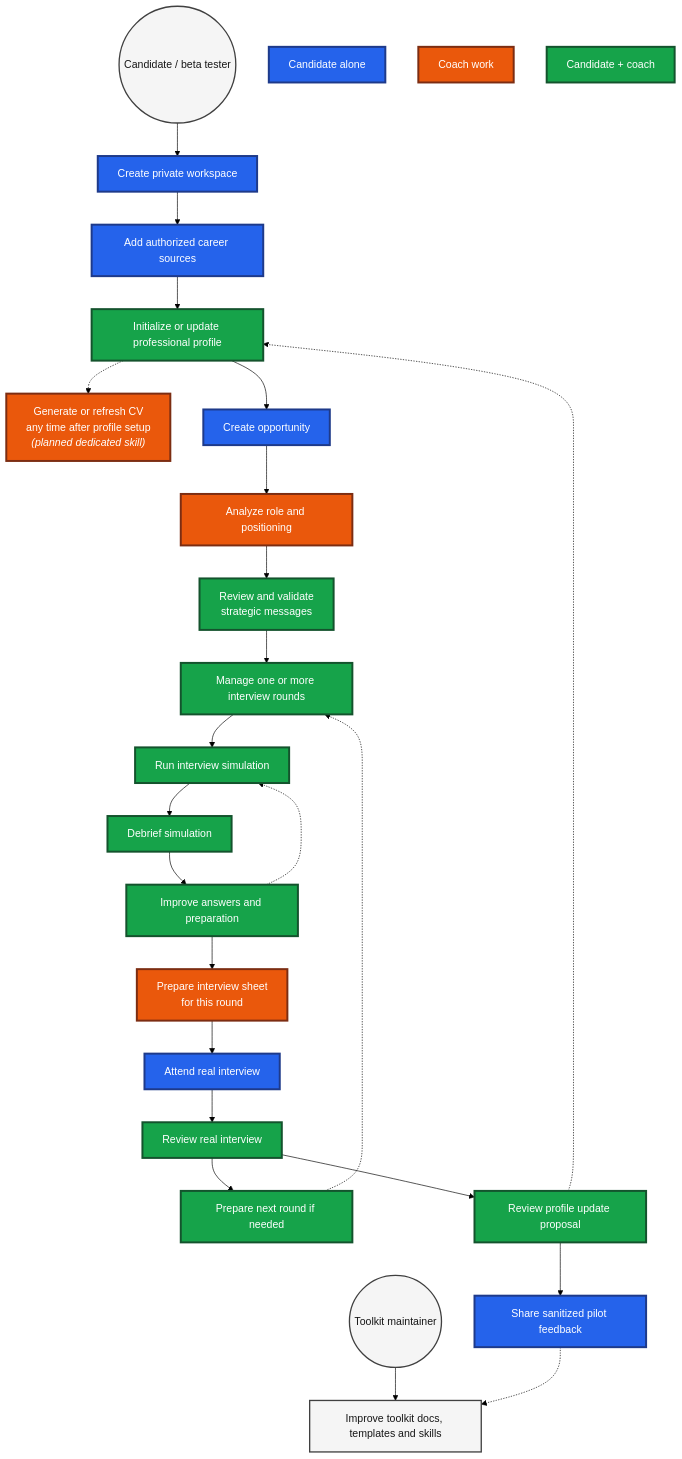
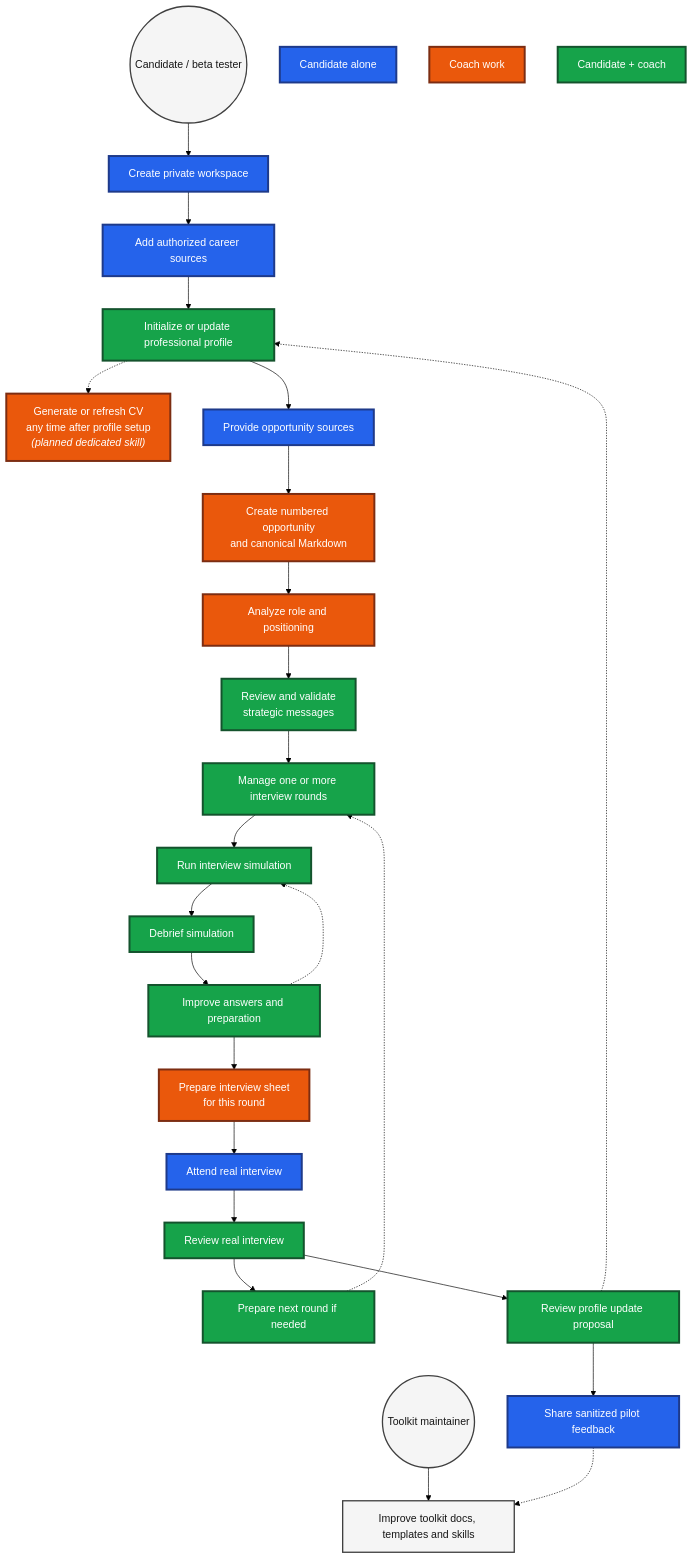
Before and after one commit to JeromeJ77/career-ai-toolkit: the first of 2 diagrams in docs/use-cases.md, drawn with Mermaid (forest theme). The commit also changed other lines of this file and 21 other files, not shown here.

Commit message:
feat(workspace): add coach-managed opportunity structure

````diff
--- a/docs/use-cases.md
+++ b/docs/use-cases.md
@@ -24,61 +24,63 @@
 ```mermaid
 flowchart TD
     candidate(("Candidate / beta tester"))
     maintainer(("Toolkit maintainer"))
 
     setup["Create private workspace"]
     collect["Add authorized career sources"]
     profile["Initialize or update professional profile"]
     cv["Generate or refresh CV<br/>any time after profile setup<br/><i>(planned dedicated skill)</i>"]
-    opportunity["Create opportunity"]
+    opportunity["Provide opportunity sources"]
+    createOpportunity["Create numbered opportunity<br/>and canonical Markdown"]
     analyze["Analyze role and positioning"]
     validatePositioning["Review and validate<br/>strategic messages"]
     interview["Manage one or more interview rounds"]
     simulate["Run interview simulation"]
     debrief["Debrief simulation"]
     improvePrep["Improve answers and preparation"]
     prep["Prepare interview sheet<br/>for this round"]
     realInterview["Attend real interview"]
     postReview["Review real interview"]
     nextRound["Prepare next round if needed"]
     update["Review profile update proposal"]
     feedback["Share sanitized pilot feedback"]
     improve["Improve toolkit docs, templates and skills"]
     legendUser["Candidate alone"]
     legendCoach["Coach work"]
     legendJoint["Candidate + coach"]
 
     candidate --> setup
     setup --> collect
     collect --> profile
     profile -.-> cv
     profile --> opportunity
-    opportunity --> analyze
+    opportunity --> createOpportunity
+    createOpportunity --> analyze
     analyze --> validatePositioning
     validatePositioning --> interview
     interview --> simulate
     simulate --> debrief
     debrief --> improvePrep
     improvePrep -.-> simulate
     improvePrep --> prep
     prep --> realInterview
     realInterview --> postReview
     postReview --> nextRound
     nextRound -.-> interview
     postReview --> update
     update -.-> profile
     update --> feedback
 
     maintainer --> improve
     feedback -.-> improve
 
     classDef userTask fill:#2563eb,stroke:#1e3a8a,stroke-width:3px,color:#ffffff;
     classDef coachTask fill:#ea580c,stroke:#7c2d12,stroke-width:3px,color:#ffffff;
     classDef jointTask fill:#16a34a,stroke:#14532d,stroke-width:3px,color:#ffffff;
     classDef actor fill:#f5f5f5,stroke:#404040,stroke-width:2px,color:#171717;
 
     class setup,collect,opportunity,realInterview,feedback,legendUser userTask;
-    class analyze,prep,cv,legendCoach coachTask;
+    class createOpportunity,analyze,prep,cv,legendCoach coachTask;
     class profile,validatePositioning,interview,simulate,debrief,improvePrep,postReview,nextRound,update,legendJoint jointTask;
     class candidate,maintainer,improve actor;
 ```
````
